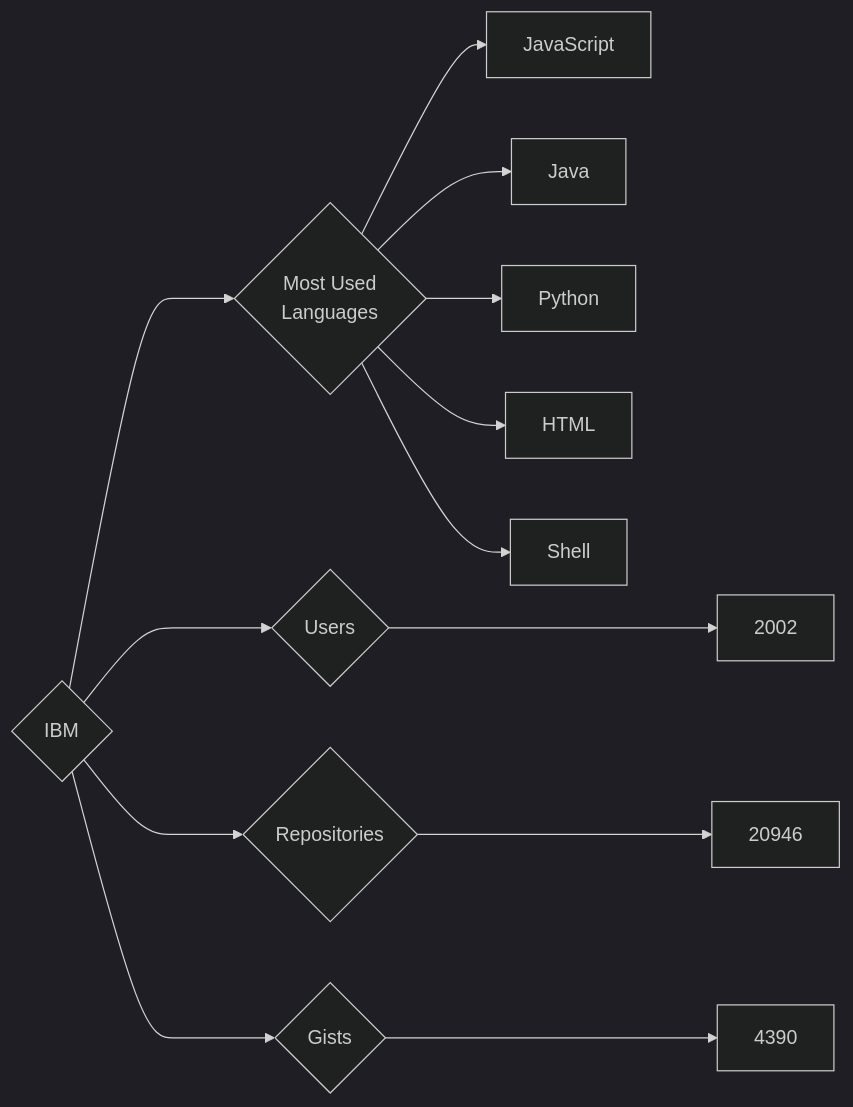
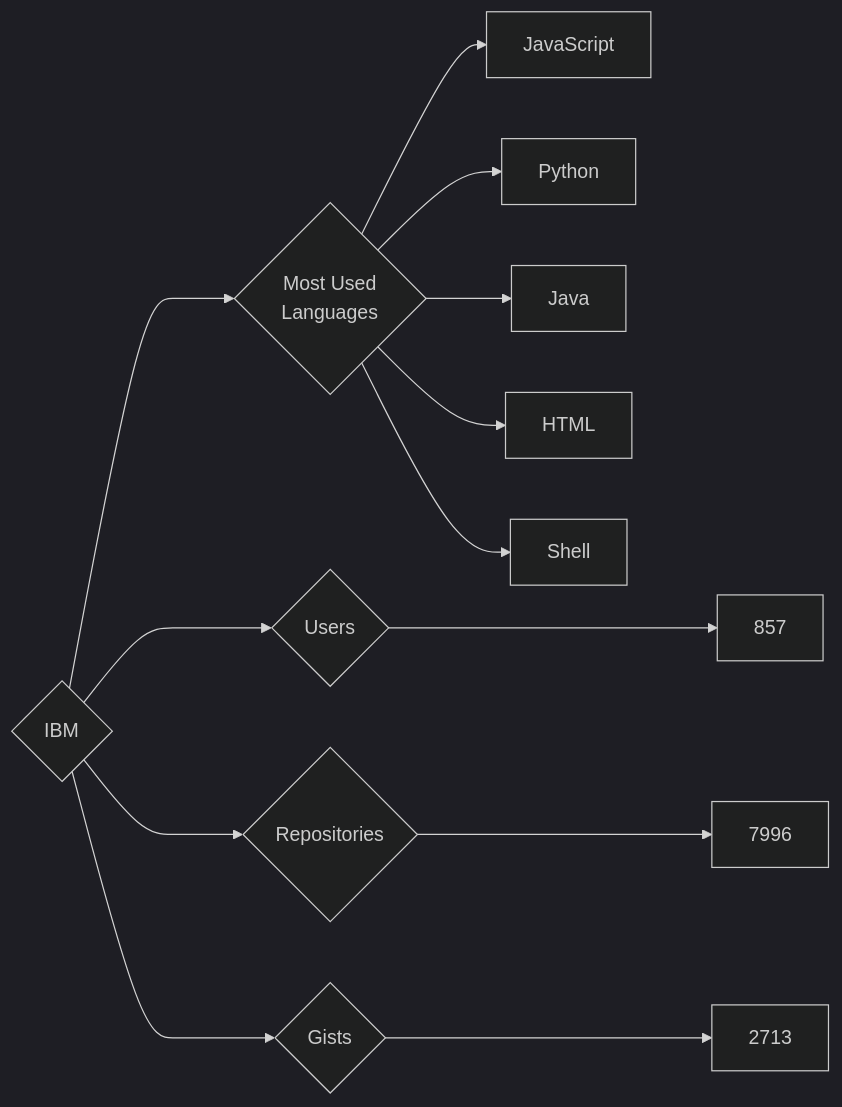
The diagram in targets/IBM/README.md (trickest/insiders), drawn with Mermaid (dark theme) before and after one commit. The commit also changed 775 other files, not shown here.

````diff
--- a/targets/IBM/README.md
+++ b/targets/IBM/README.md
@@ -3,13 +3,13 @@
 ```mermaid
 graph LR
 COMPANY_NAME{IBM}
-COMPANY_NAME ---> U{Users} ---> UN[2002]
-COMPANY_NAME ---> R{Repositories} ---> RN[20946]
-COMPANY_NAME ---> G{Gists} ---> GN[4390]
+COMPANY_NAME ---> U{Users} ---> UN[857]
+COMPANY_NAME ---> R{Repositories} ---> RN[7996]
+COMPANY_NAME ---> G{Gists} ---> GN[2713]
 COMPANY_NAME ---> ML{Most Used<br>Languages}
 ML --> JavaScript[JavaScript]
+ML --> Python[Python]
 ML --> Java[Java]
-ML --> Python[Python]
 ML --> HTML[HTML]
 ML --> Shell[Shell]
 ```
````
